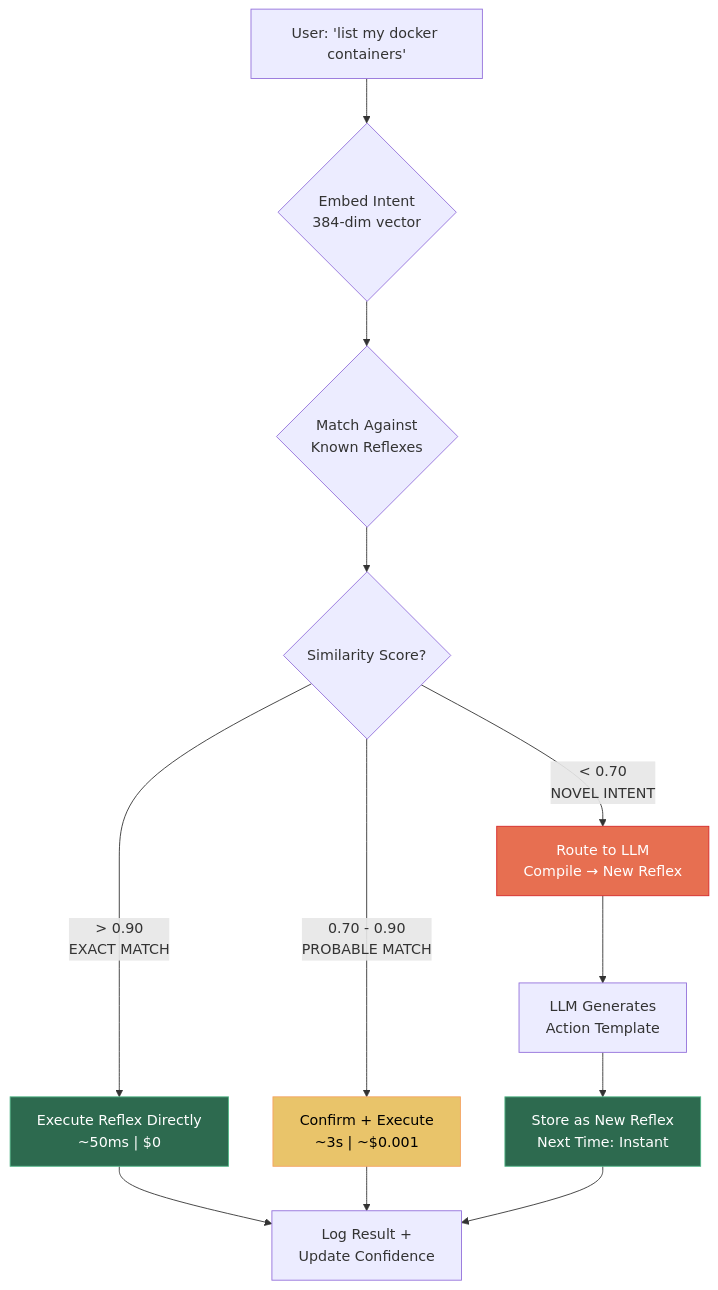
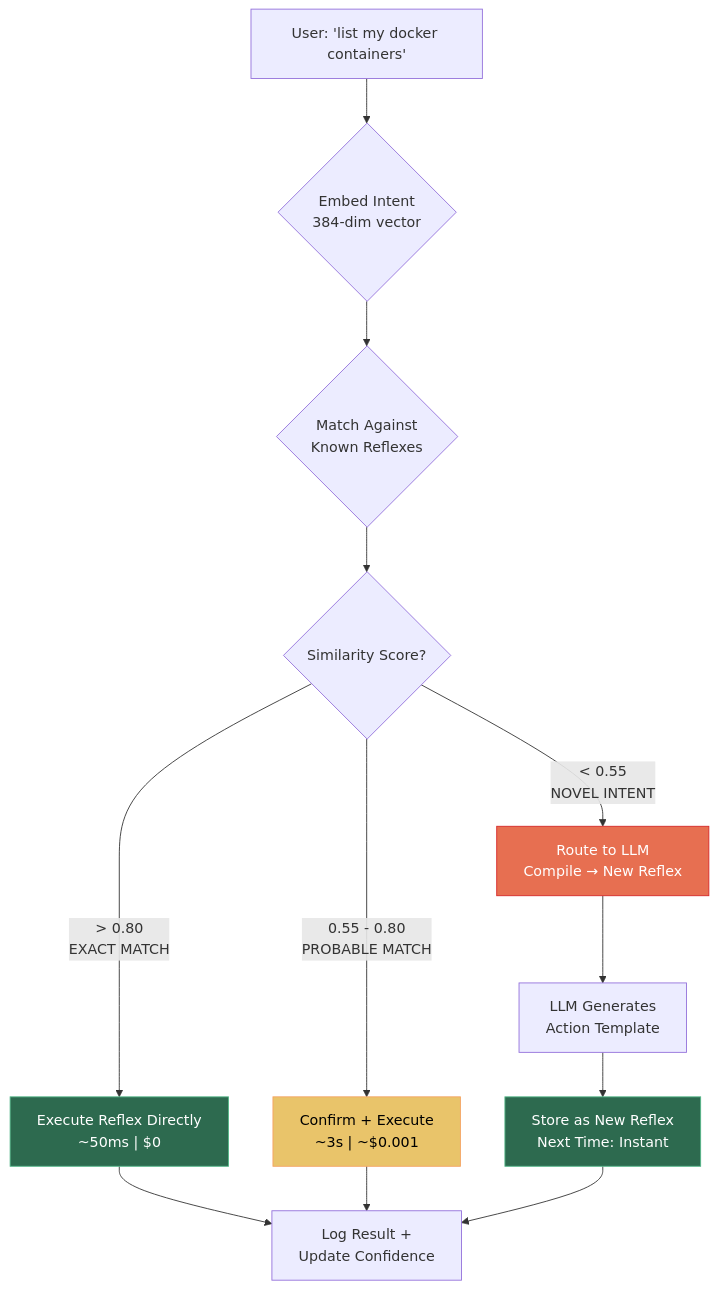
Before and after one commit to purplepincher/pincher: the first of 6 diagrams in README.md, drawn with Mermaid. The commit also changed other lines of this file and 8 other files, not shown here.

First line of the commit message:
fix: remove deprecated duplicate architecture, align README with reality

````diff
--- a/README.md
+++ b/README.md
@@ -42,22 +42,22 @@
 ```mermaid
 flowchart TD
     A["User: 'list my docker containers'"] --> B{Embed Intent<br/>384-dim vector}
     B --> C{Match Against<br/>Known Reflexes}
     C --> D{Similarity Score?}
 
-    D -->|"> 0.90<br/>EXACT MATCH"| E["Execute Reflex Directly<br/>~50ms | $0"]
-    D -->|"0.70 - 0.90<br/>PROBABLE MATCH"| F["Confirm + Execute<br/>~3s | ~$0.001"]
-    D -->|"< 0.70<br/>NOVEL INTENT"| G["Route to LLM<br/>Compile → New Reflex"]
+    D -->|"> 0.80<br/>EXACT MATCH"| E["Execute Reflex Directly<br/>~50ms | $0"]
+    D -->|"0.55 - 0.80<br/>PROBABLE MATCH"| F["Confirm + Execute<br/>~3s | ~$0.001"]
+    D -->|"< 0.55<br/>NOVEL INTENT"| G["Route to LLM<br/>Compile → New Reflex"]
 
     G --> H["LLM Generates<br/>Action Template"]
     H --> I["Store as New Reflex<br/>Next Time: Instant"]
 
     E --> J["Log Result +<br/>Update Confidence"]
     F --> J
     I --> J
 
     style E fill:#2d6a4f,stroke:#52b788,color:#fff
     style F fill:#e9c46a,stroke:#f4a261,color:#000
     style G fill:#e76f51,stroke:#d62828,color:#fff
     style I fill:#2d6a4f,stroke:#52b788,color:#fff
 ```
````
